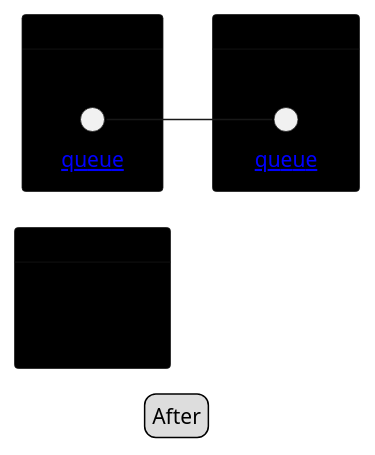
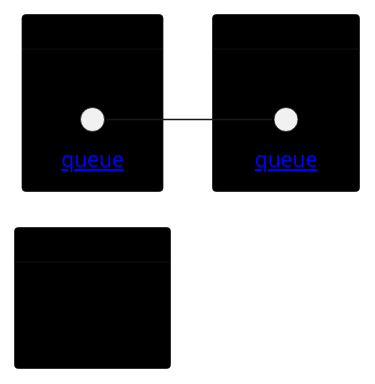
The diagram in diagrams/queue-example/transaction-after.puml (pavetok/pavetok.github.io), drawn with PlantUML before and after one commit. The commit also changed 22 other files, not shown here.

```diff
--- a/diagrams/queue-example/transaction-after.puml
+++ b/diagrams/queue-example/transaction-after.puml
@@ -1,28 +1,26 @@
 @startuml
 left to right direction
 
 skinparam card {
     BorderThickness 0.5
     BackgroundColor 0
 }
 
 skinparam label {
     FontSize 0
 }
-
-legend After
 
 card Alice {
     label nothing
 }
 
 card Bob {
     circle "[[/work/transaction-types/queue-example/diagrams/queue-client/{queue} queue]]" as queue1 <<client>>
 }
 
 card Carol {
     circle "[[/work/transaction-types/queue-example/diagrams/queue-server/{queue} queue]]" as queue2 <<server>>
 }
 
 queue1 -- queue2
 @enduml
```
